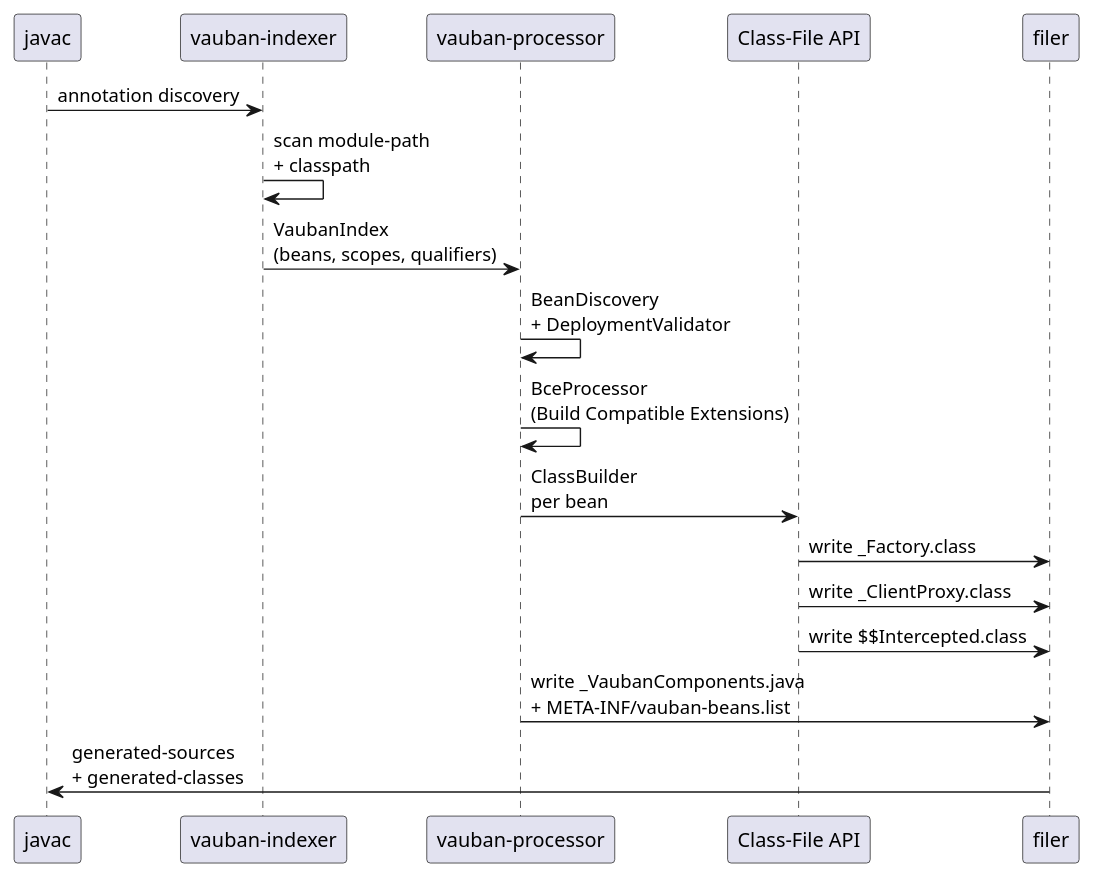
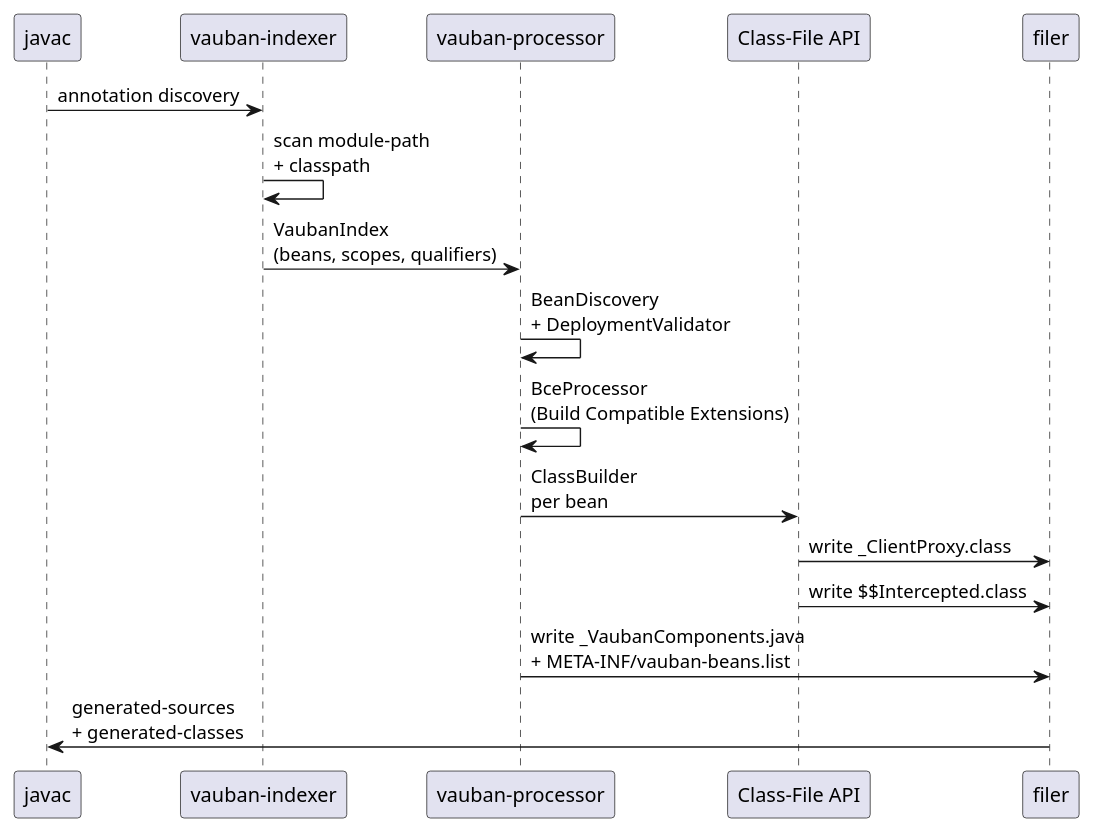
The first of 2 diagrams in docs/en/modules/ROOT/pages/internals.adoc (vidocq-stack/vauban), drawn with PlantUML before and after one commit. The commit also changed other lines of this file and 17 other files, not shown here.

```diff
--- a/docs/en/modules/ROOT/pages/internals.adoc
+++ b/docs/en/modules/ROOT/pages/internals.adoc
@@ -487,23 +486,22 @@
 [plantuml]
 ....
 @startuml
 skinparam shadowing false
 participant "javac" as JC
 participant "vauban-indexer" as IDX
 participant "vauban-processor" as PROC
 participant "Class-File API" as CFA
 participant "filer" as F
 
 JC -> IDX : annotation discovery
 IDX -> IDX : scan module-path\n+ classpath
 IDX -> PROC : VaubanIndex\n(beans, scopes, qualifiers)
 PROC -> PROC : BeanDiscovery\n+ DeploymentValidator
 PROC -> PROC : BceProcessor\n(Build Compatible Extensions)
 PROC -> CFA : ClassBuilder\nper bean
-CFA -> F : write _Factory.class
 CFA -> F : write _ClientProxy.class
 CFA -> F : write $$Intercepted.class
 PROC -> F : write _VaubanComponents.java\n+ META-INF/vauban-beans.list
 F -> JC : generated-sources\n+ generated-classes
 @enduml
 ....
```
